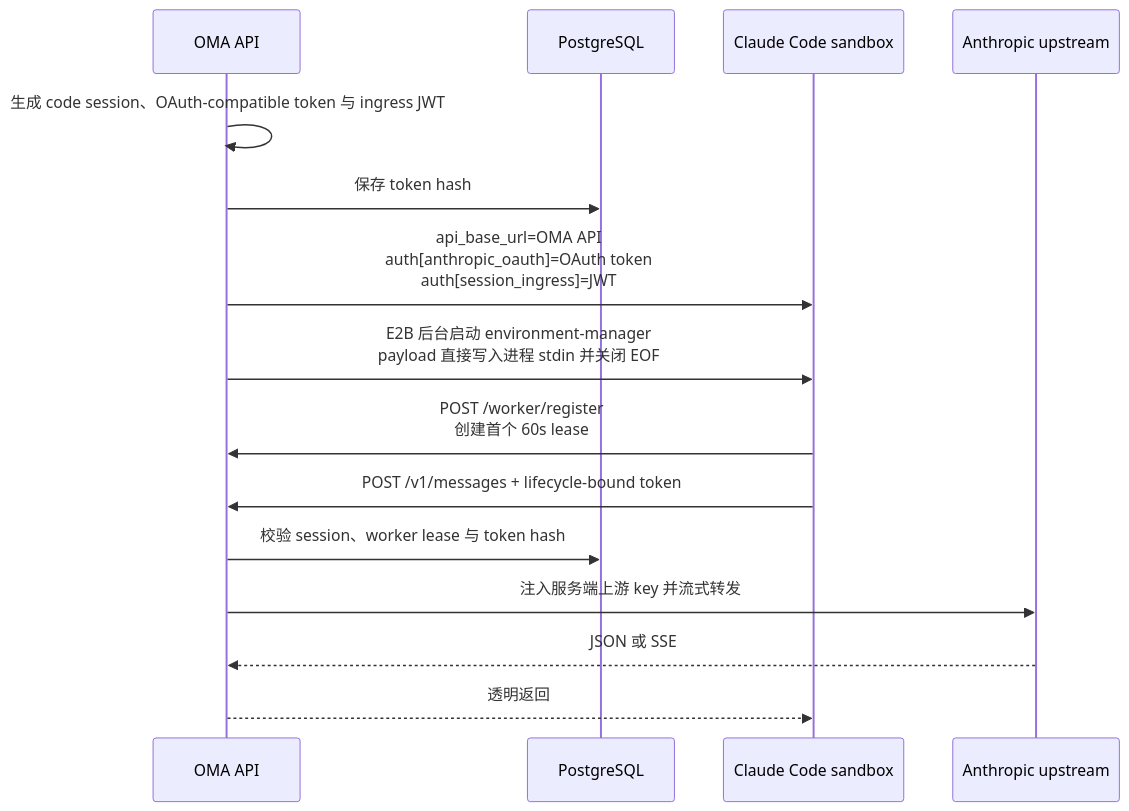
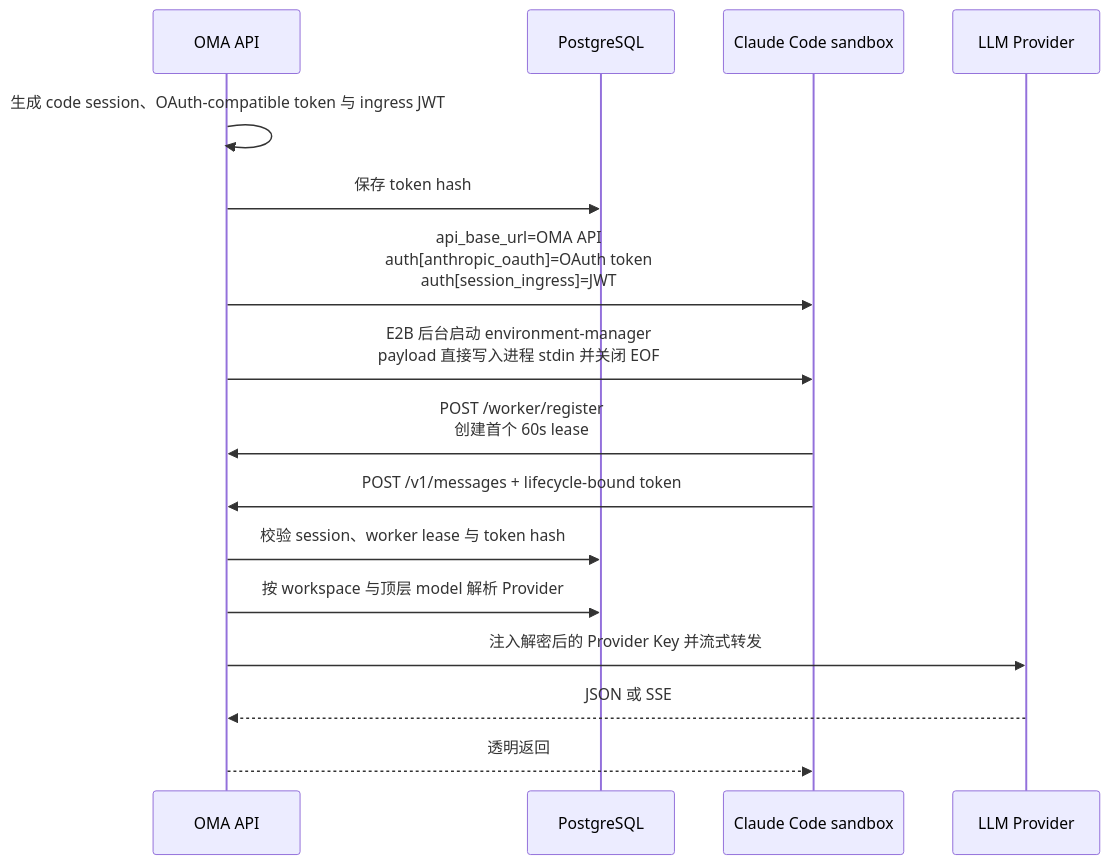
The diagram in docs/design/be/messages-proxy.md (superduck-ai/open-managed-agents), drawn with Mermaid before and after one commit. The commit also changed other lines of this file and 137 other files, not shown here.

Commit message:
feat: add workspace BYOK LLM providers

````diff
--- a/docs/design/be/messages-proxy.md
+++ b/docs/design/be/messages-proxy.md
@@ -62,18 +114,19 @@
 ```mermaid
 sequenceDiagram
     participant API as OMA API
     participant DB as PostgreSQL
     participant Sandbox as Claude Code sandbox
-    participant Upstream as Anthropic upstream
+    participant Upstream as LLM Provider
 
     API->>API: 生成 code session、OAuth-compatible token 与 ingress JWT
     API->>DB: 保存 token hash
     API->>Sandbox: api_base_url=OMA API<br/>auth[anthropic_oauth]=OAuth token<br/>auth[session_ingress]=JWT
     API->>Sandbox: E2B 后台启动 environment-manager<br/>payload 直接写入进程 stdin 并关闭 EOF
     Sandbox->>API: POST /worker/register<br/>创建首个 60s lease
     Sandbox->>API: POST /v1/messages + lifecycle-bound token
     API->>DB: 校验 session、worker lease 与 token hash
-    API->>Upstream: 注入服务端上游 key 并流式转发
+    API->>DB: 按 workspace 与顶层 model 解析 Provider
+    API->>Upstream: 注入解密后的 Provider Key 并流式转发
     Upstream-->>API: JSON 或 SSE
     API-->>Sandbox: 透明返回
 ```
````
